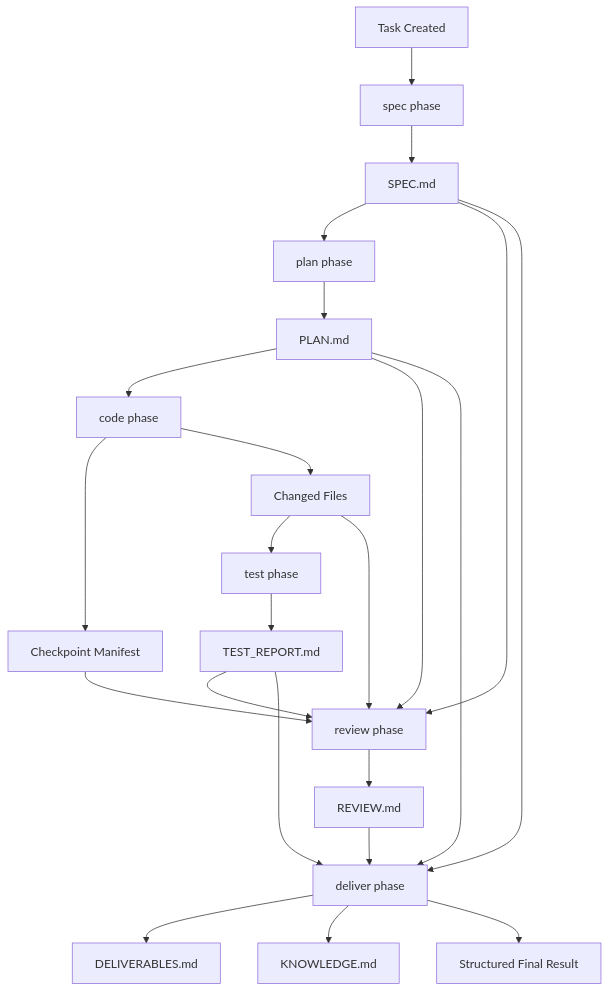
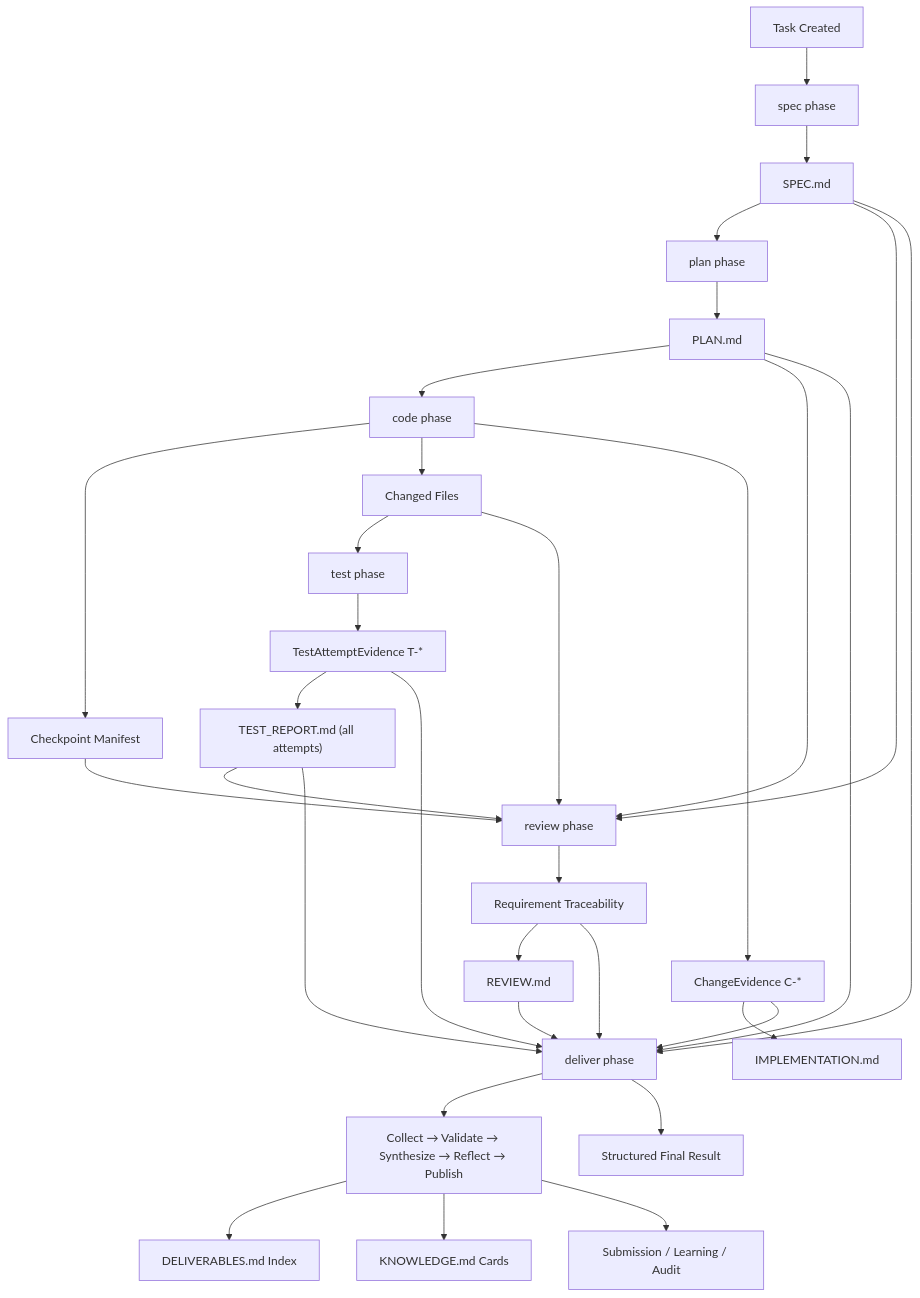
Diagram 13 of 18 in docs/系统架构.md (liyuhan7/HanCode), drawn with Mermaid before and after one commit. The commit also changed other lines of this file and 5 other files, not shown here.

````diff
--- a/docs/系统架构.md
+++ b/docs/系统架构.md
@@ -3435,31 +3467,40 @@
 ```mermaid
 flowchart TB
     Start["Task Created"] --> Spec["spec phase"]
     Spec --> SpecOut["SPEC.md"]
 
     SpecOut --> Plan["plan phase"]
     Plan --> PlanOut["PLAN.md"]
 
     PlanOut --> Code["code phase"]
     Code --> Checkpoint["Checkpoint Manifest"]
     Code --> ChangedFiles["Changed Files"]
+    Code --> ChangeEvidence["ChangeEvidence C-*"]
+    ChangeEvidence --> Implementation["IMPLEMENTATION.md"]
 
     ChangedFiles --> Test["test phase"]
-    Test --> TestReport["TEST_REPORT.md"]
+    Test --> Attempts["TestAttemptEvidence T-*"]
+    Attempts --> TestReport["TEST_REPORT.md (all attempts)"]
 
     TestReport --> Review["review phase"]
     SpecOut --> Review
     PlanOut --> Review
     Checkpoint --> Review
     ChangedFiles --> Review
-    Review --> ReviewReport["REVIEW.md"]
+    Review --> Traceability["Requirement Traceability"]
+    Traceability --> ReviewReport["REVIEW.md"]
 
     ReviewReport --> Deliver["deliver phase"]
     TestReport --> Deliver
     SpecOut --> Deliver
     PlanOut --> Deliver
 
-    Deliver --> Deliverables["DELIVERABLES.md"]
-    Deliver --> Knowledge["KNOWLEDGE.md"]
+    ChangeEvidence --> Deliver
+    Attempts --> Deliver
+    Traceability --> Deliver
+    Deliver --> Pipeline["Collect → Validate → Synthesize → Reflect → Publish"]
+    Pipeline --> Deliverables["DELIVERABLES.md Index"]
+    Pipeline --> Knowledge["KNOWLEDGE.md Cards"]
+    Pipeline --> Profiles["Submission / Learning / Audit"]
     Deliver --> FinalResult["Structured Final Result"]
 ```
````
